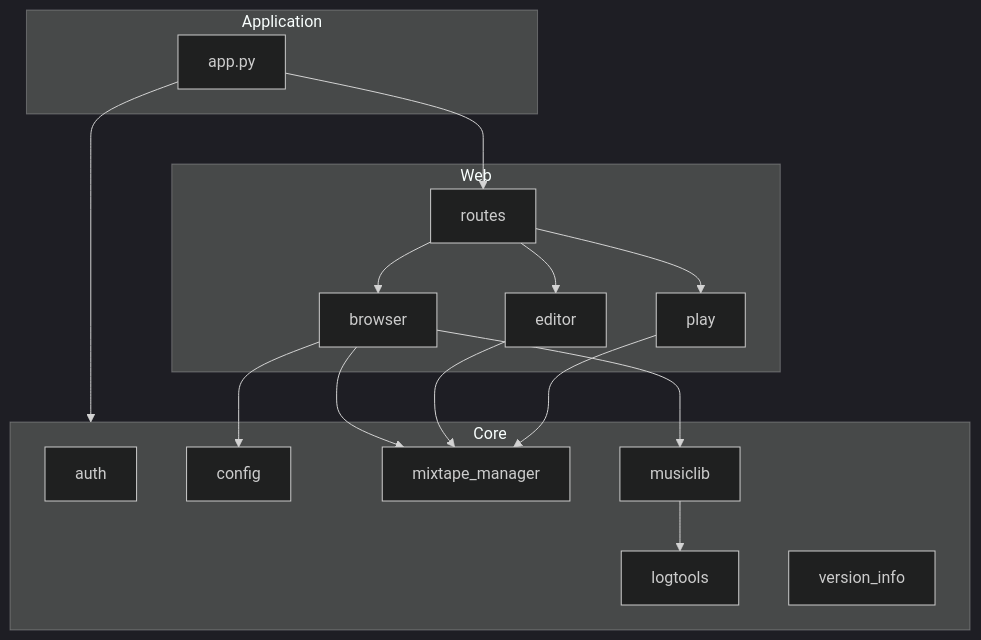
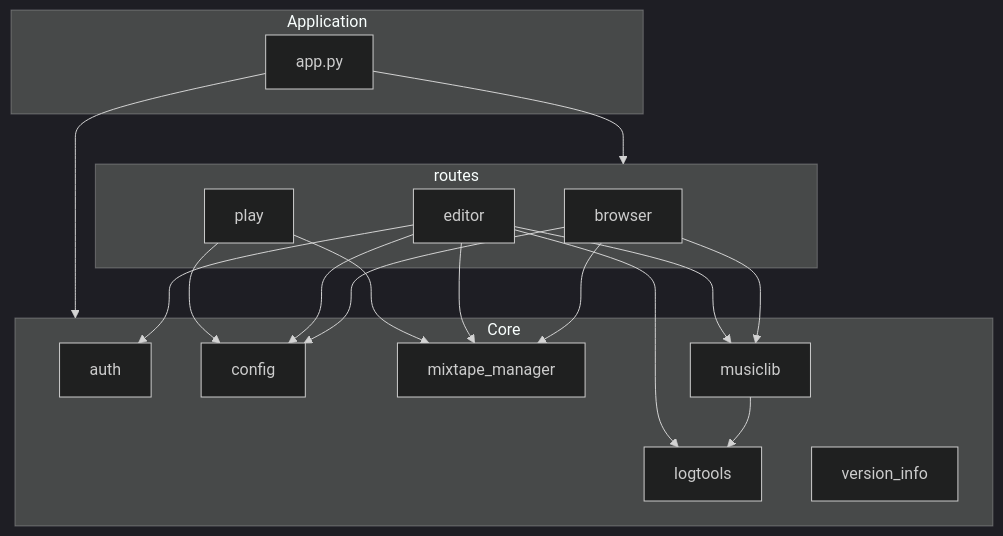
Before and after one commit to mark-me/mixtape-society: the diagram in docs/development/project_modules.md, drawn with Mermaid (dark theme).

Commit message:
Updated modules

````diff
--- a/docs/development/project_modules.md
+++ b/docs/development/project_modules.md
@@ -41,38 +41,39 @@
 ```mermaid
 graph TD
     subgraph Application
         app.py
     end
 
     subgraph Core
         auth
         config
         logtools
         mixtape_manager
         musiclib
         version_info
     end
 
-    subgraph Web
-        routes
+    subgraph routes
         browser
         editor
         play
     end
 
     app.py --> Core
     app.py --> routes
 
     musiclib --> logtools
 
-    routes --> browser
-    routes --> editor
-    routes --> play
-
     browser --> mixtape_manager
     browser --> config
     browser --> musiclib
 
     editor --> mixtape_manager
+    editor --> auth
+    editor --> config
+    editor --> logtools
+    editor --> musiclib
+
     play --> mixtape_manager
+    play --> config
 ```
````
